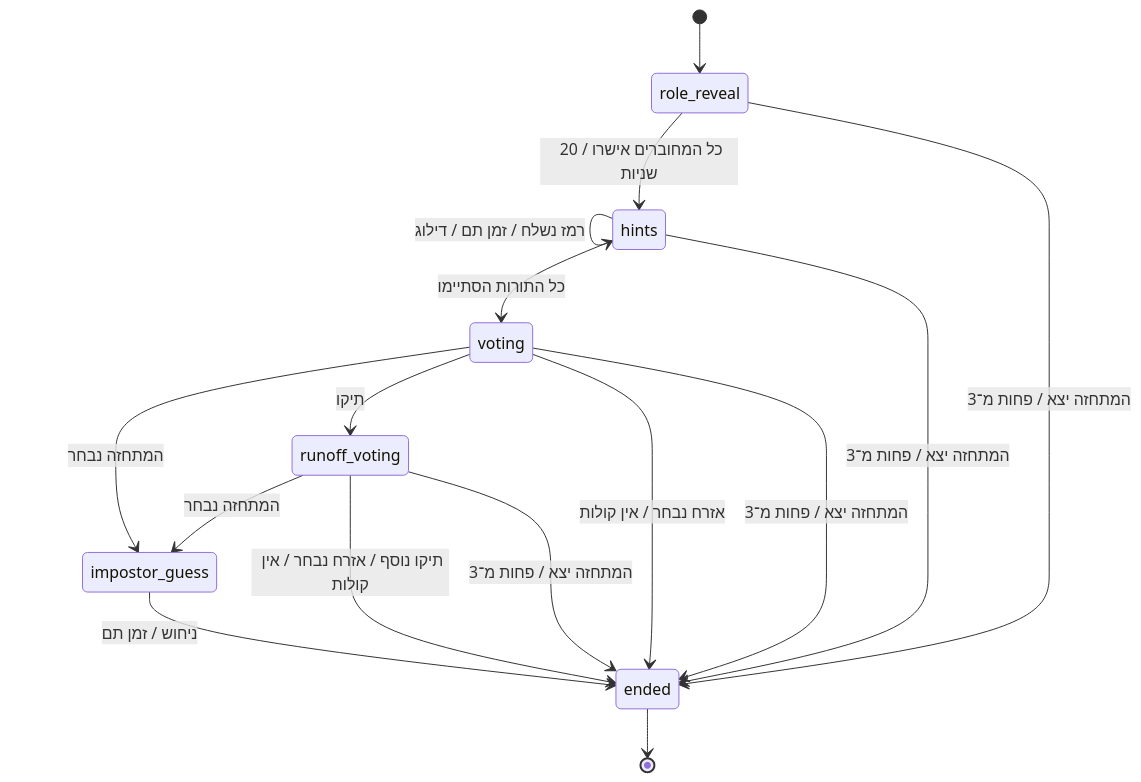
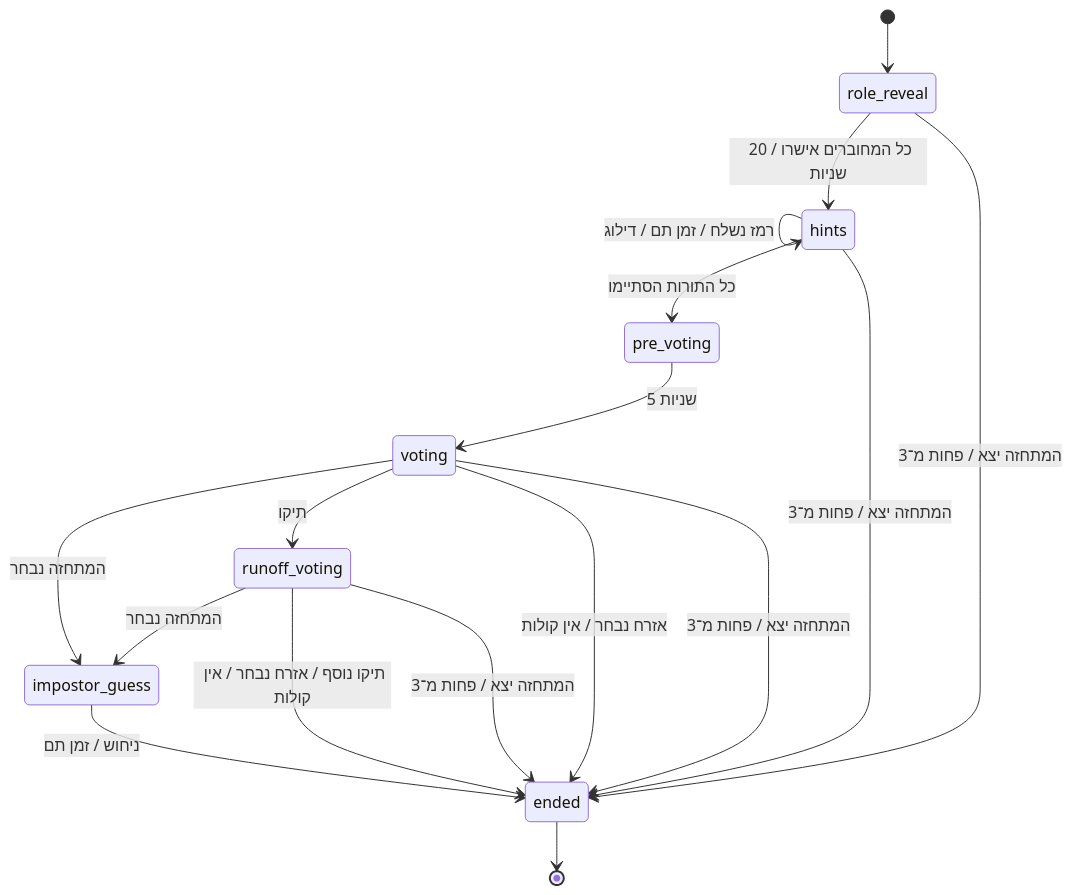
The first of 4 diagrams in docs/architecture.md (dorohayon/Imposter-IL), drawn with Mermaid before and after one commit. The commit also changed other lines of this file and 11 other files, not shown here.

````diff
--- a/docs/architecture.md
+++ b/docs/architecture.md
@@ -75,18 +75,19 @@
 ```mermaid
 stateDiagram-v2
     [*] --> role_reveal
     role_reveal --> hints: כל המחוברים אישרו / 20 שניות
     hints --> hints: רמז נשלח / זמן תם / דילוג
-    hints --> voting: כל התורות הסתיימו
+    hints --> pre_voting: כל התורות הסתיימו
+    pre_voting --> voting: 5 שניות
     voting --> impostor_guess: המתחזה נבחר
     voting --> runoff_voting: תיקו
     voting --> ended: אזרח נבחר / אין קולות
     runoff_voting --> impostor_guess: המתחזה נבחר
     runoff_voting --> ended: תיקו נוסף / אזרח נבחר / אין קולות
     impostor_guess --> ended: ניחוש / זמן תם
     role_reveal --> ended: המתחזה יצא / פחות מ־3
     hints --> ended: המתחזה יצא / פחות מ־3
     voting --> ended: המתחזה יצא / פחות מ־3
     runoff_voting --> ended: המתחזה יצא / פחות מ־3
     ended --> [*]
 ```
````
